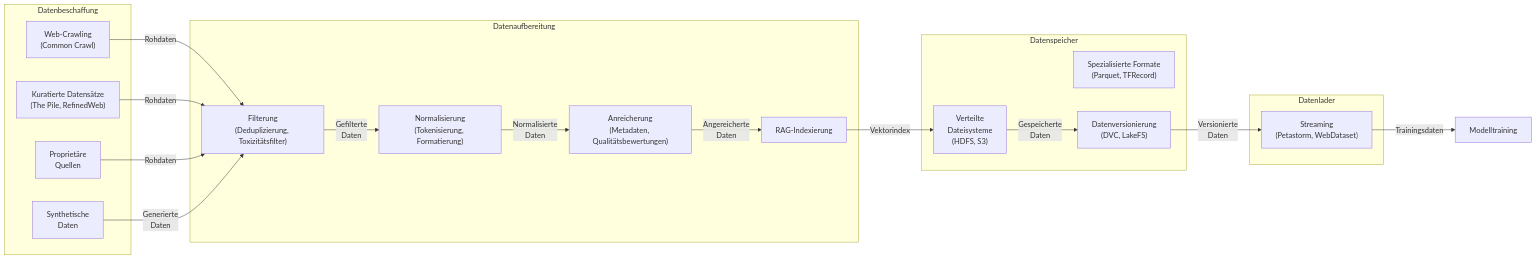
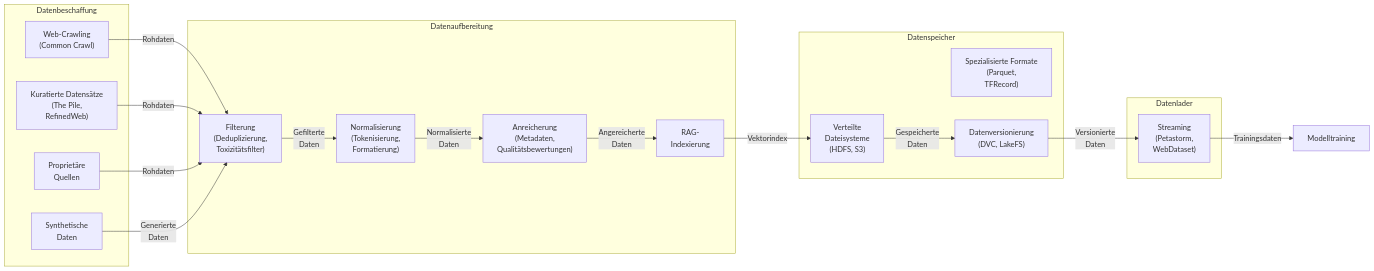
The second of 5 diagrams in docs/sec_freeform/gen-ai-landschaft-dec-2025.md (cassmastern/lers-sandbox), drawn with Mermaid before and after one commit. The commit also changed other lines of this file and 109 other files, not shown here.

````diff
--- a/docs/sec_freeform/gen-ai-landschaft-dec-2025.md
+++ b/docs/sec_freeform/gen-ai-landschaft-dec-2025.md
@@ -92,38 +92,38 @@
 ```mermaid
 flowchart LR
   subgraph Datenbeschaffung["Datenbeschaffung"]
     WEB["Web-Crawling<br>(Common Crawl)"]
-    CUR["Kuratierte Datensätze<br>(The Pile, RefinedWeb)"]
+    CUR["Kuratierte Datensätze<br>(The Pile,<br>RefinedWeb)"]
     PROP["Proprietäre<br>Quellen"]
     SYNTH["Synthetische<br>Daten"]
   end
 
   subgraph Datenaufbereitung["Datenaufbereitung"]
-    FILT["Filterung<br>(Deduplizierung, Toxizitätsfilter)"]
-    NORM["Normalisierung<br>(Tokenisierung, Formatierung)"]
-    ENRICH["Anreicherung<br>(Metadaten, Qualitätsbewertungen)"]
-    RAG_PREP["RAG-Indexierung"]
+    FILT["Filterung<br>(Deduplizierung,<br>Toxizitätsfilter)"]
+    NORM["Normalisierung<br>(Tokenisierung,<br>Formatierung)"]
+    ENRICH["Anreicherung<br>(Metadaten,<br>Qualitätsbewertungen)"]
+    RAG_PREP["RAG-<br>Indexierung"]
   end
 
   subgraph Datenspeicher["Datenspeicher"]
     DIST["Verteilte<br>Dateisysteme<br>(HDFS, S3)"]
-    FORMAT["Spezialisierte Formate<br>(Parquet, TFRecord)"]
+    FORMAT["Spezialisierte Formate<br>(Parquet,<br>TFRecord)"]
     VERSION["Datenversionierung<br>(DVC, LakeFS)"]
   end
 
   subgraph Datenlader["Datenlader"]
-    STREAM["Streaming<br>(Petastorm, WebDataset)"]
+    STREAM["Streaming<br>(Petastorm,<br>WebDataset)"]
   end
 
   WEB -->|"Rohdaten"| FILT
   CUR -->|"Rohdaten"| FILT
   PROP -->|"Rohdaten"| FILT
   SYNTH -->|"Generierte<br>Daten"| FILT
   FILT -->|"Gefilterte<br>Daten"| NORM
   NORM -->|"Normalisierte<br>Daten"| ENRICH
   ENRICH -->|"Angereicherte<br>Daten"| RAG_PREP
   RAG_PREP -->|"Vektorindex"| DIST
   DIST -->|"Gespeicherte<br>Daten"| VERSION
   VERSION -->|"Versionierte<br>Daten"| STREAM
   STREAM -->|"Trainingsdaten"| Training["Modelltraining"]
 ```
````
